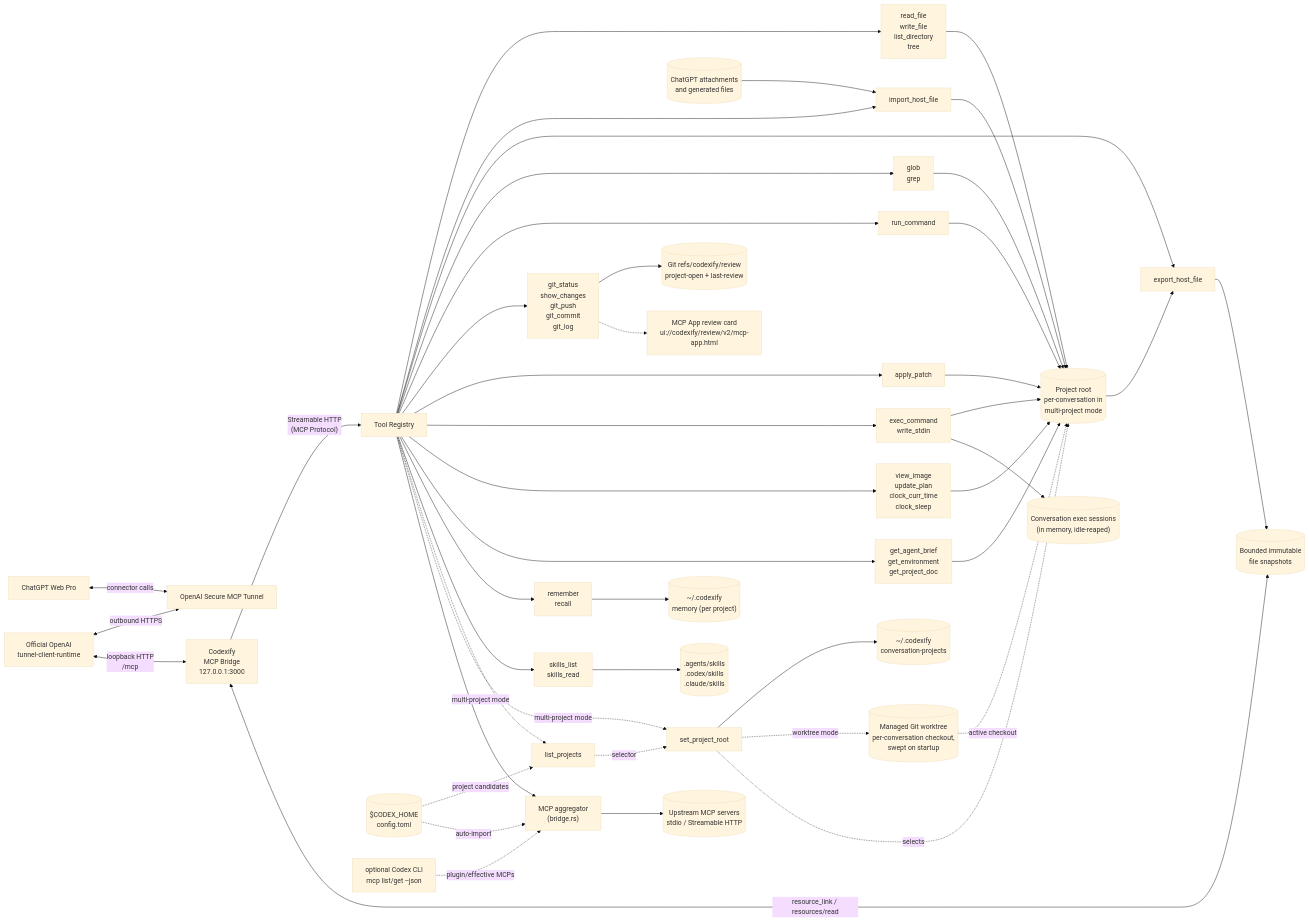
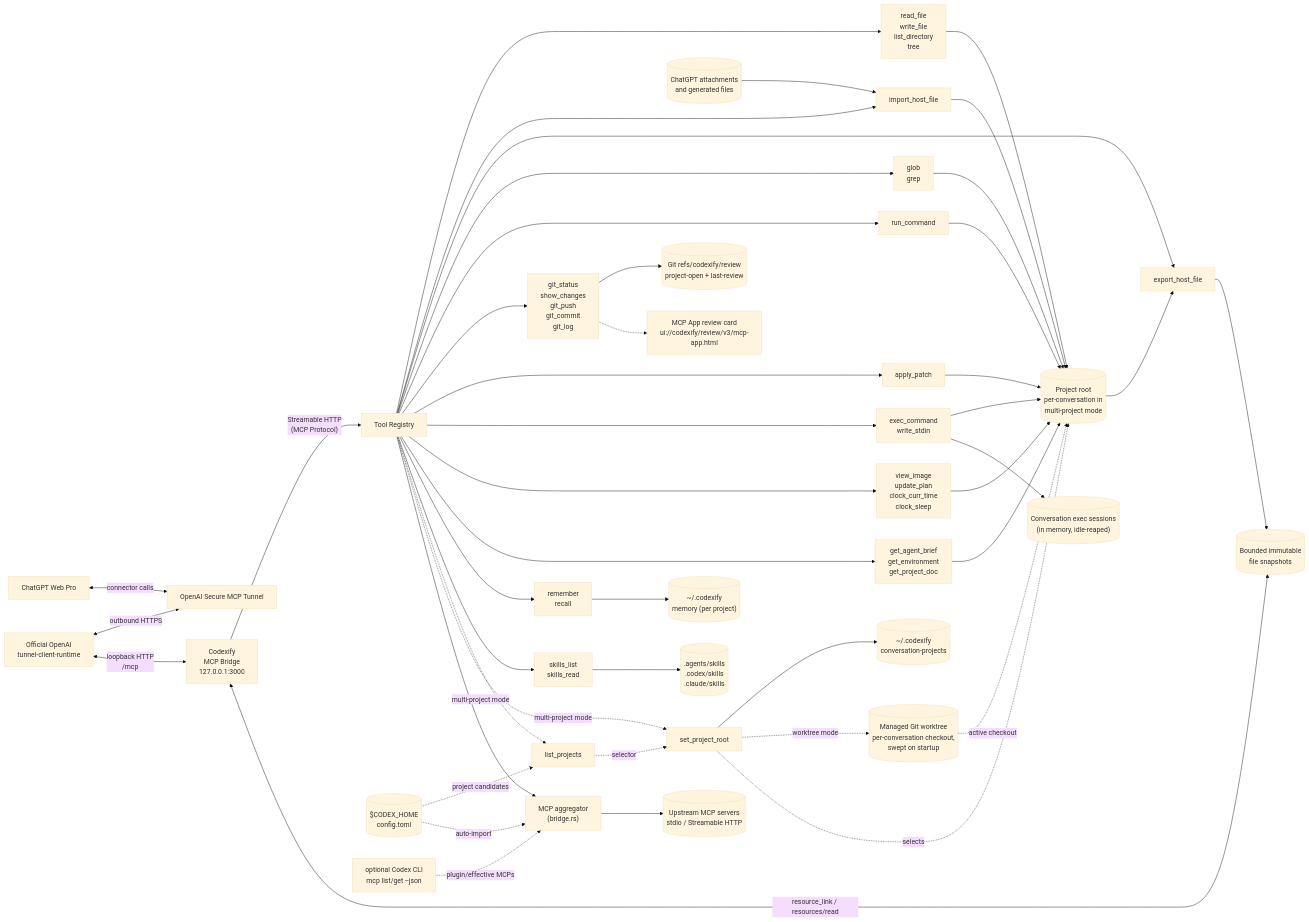
The diagram in README.md (thesunwave/codexify), drawn with Mermaid (base theme) before and after one commit. The commit also changed other lines of this file and 5 other files, not shown here.

```diff
--- a/README.md
+++ b/README.md
@@ -45,7 +45,7 @@
     Worktree[("Managed Git worktree\nper-conversation checkout,\nswept on startup")]
     ExecSessions[("Conversation exec sessions\n(in memory, idle-reaped)")]
     ReviewRefs[("Git refs/codexify/review\nproject-open + last-review")]
-    ReviewUI["MCP App review card\nui://codexify/review/v2/mcp-app.html"]
+    ReviewUI["MCP App review card\nui://codexify/review/v3/mcp-app.html"]
     SkillDirs[(".agents/skills\n.codex/skills\n.claude/skills")]
     CodexCfg[("$CODEX_HOME\nconfig.toml")]
     CodexCli["optional Codex CLI\nmcp list/get --json"]
```
